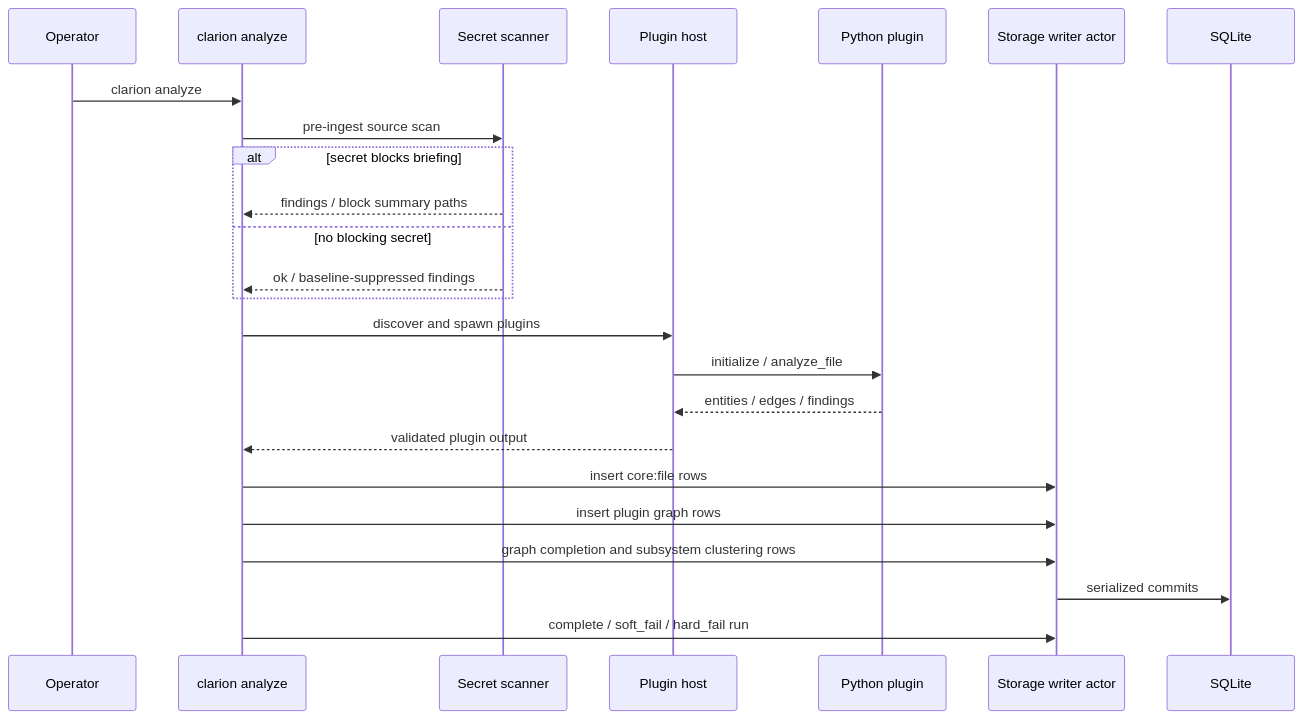
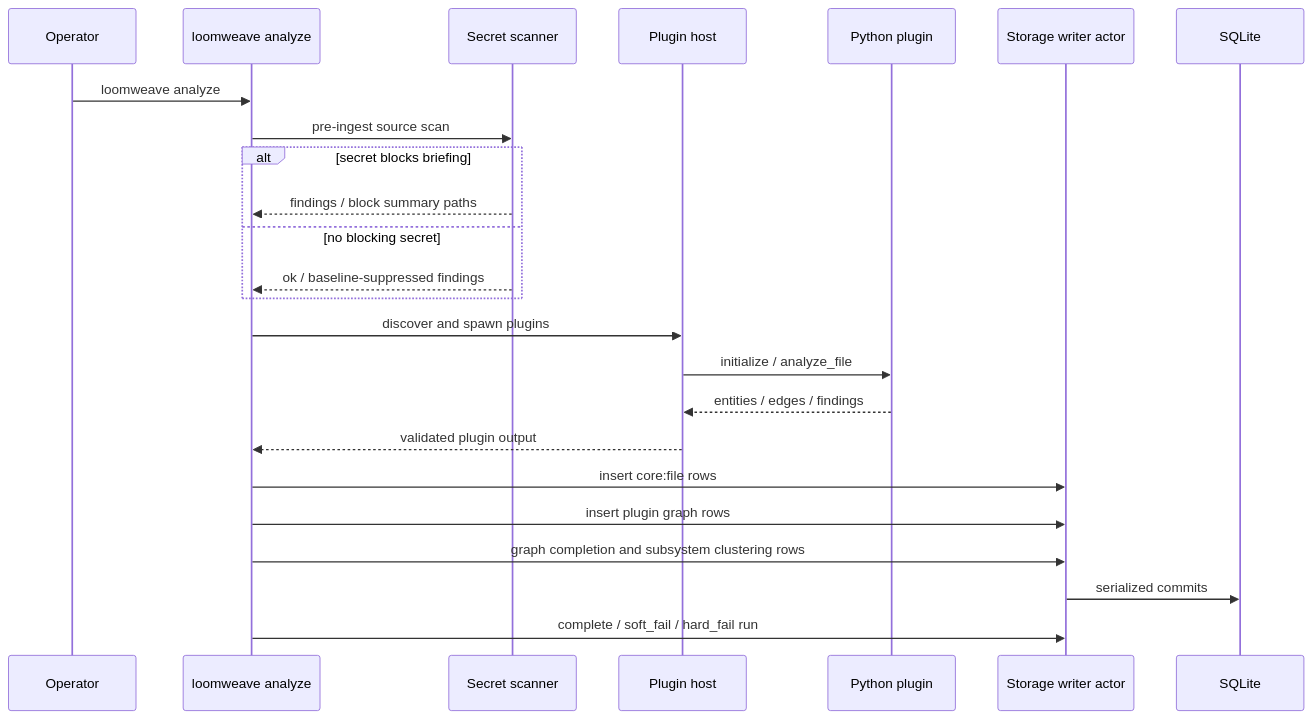
One commit to foundryside-dev/loomweave changed the third of 6 diagrams in docs/implementation/arch-analysis-2026-05-20-2124/03-diagrams.md. Above: the diagram before and after it, drawn with Mermaid. The commit also changed other lines of this file and 614 other files, not shown here.

First line of the commit message:
refactor!: rename Clarion→Loomweave, Loom→Weft; recut 1.3.0→1.0.0

````diff
--- a/docs/implementation/arch-analysis-2026-05-20-2124/03-diagrams.md
+++ b/docs/implementation/arch-analysis-2026-05-20-2124/03-diagrams.md
@@ -58,27 +58,27 @@
 ```mermaid
 sequenceDiagram
     participant Op as Operator
-    participant CLI as clarion analyze
+    participant CLI as loomweave analyze
     participant Scan as Secret scanner
     participant Core as Plugin host
     participant Py as Python plugin
     participant Writer as Storage writer actor
     participant DB as SQLite
 
-    Op->>CLI: clarion analyze
+    Op->>CLI: loomweave analyze
     CLI->>Scan: pre-ingest source scan
     alt secret blocks briefing
         Scan-->>CLI: findings / block summary paths
     else no blocking secret
         Scan-->>CLI: ok / baseline-suppressed findings
     end
     CLI->>Core: discover and spawn plugins
     Core->>Py: initialize / analyze_file
     Py-->>Core: entities / edges / findings
     Core-->>CLI: validated plugin output
     CLI->>Writer: insert core:file rows
     CLI->>Writer: insert plugin graph rows
     CLI->>Writer: graph completion and subsystem clustering rows
     Writer->>DB: serialized commits
     CLI->>Writer: complete / soft_fail / hard_fail run
 ```
````
